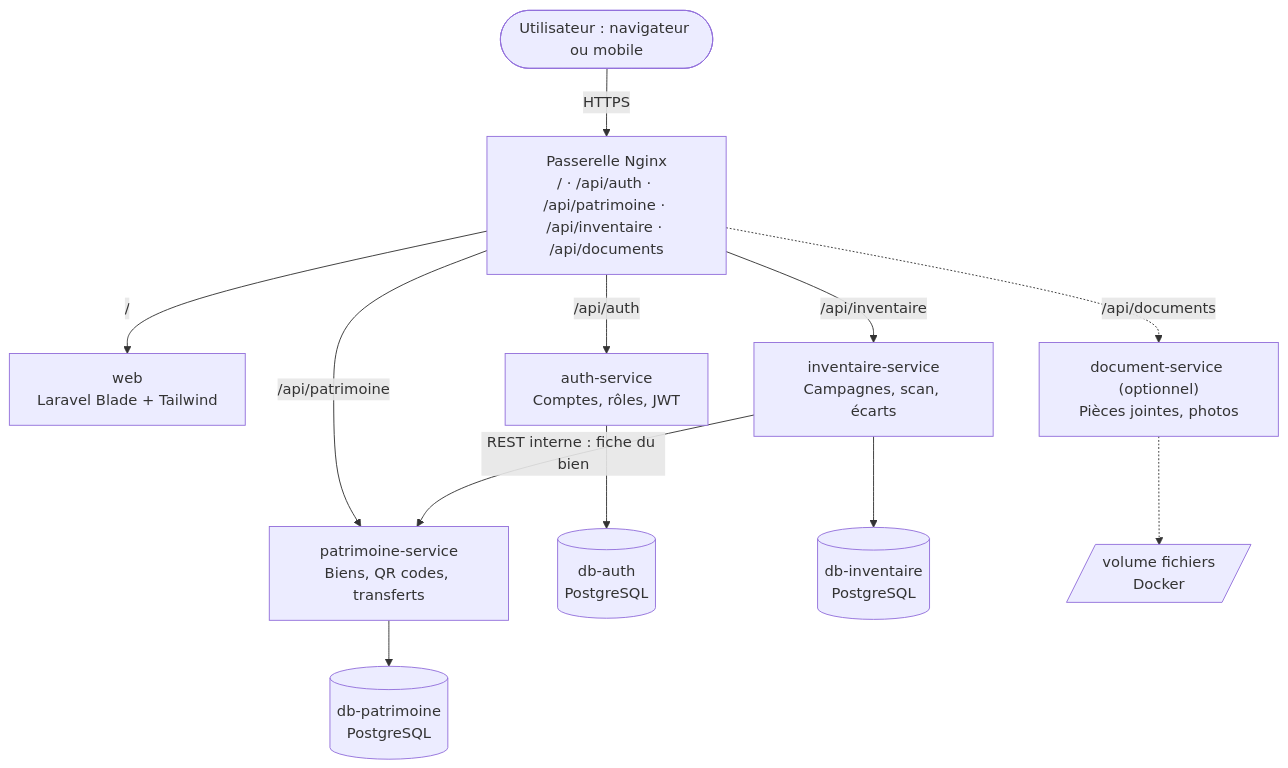
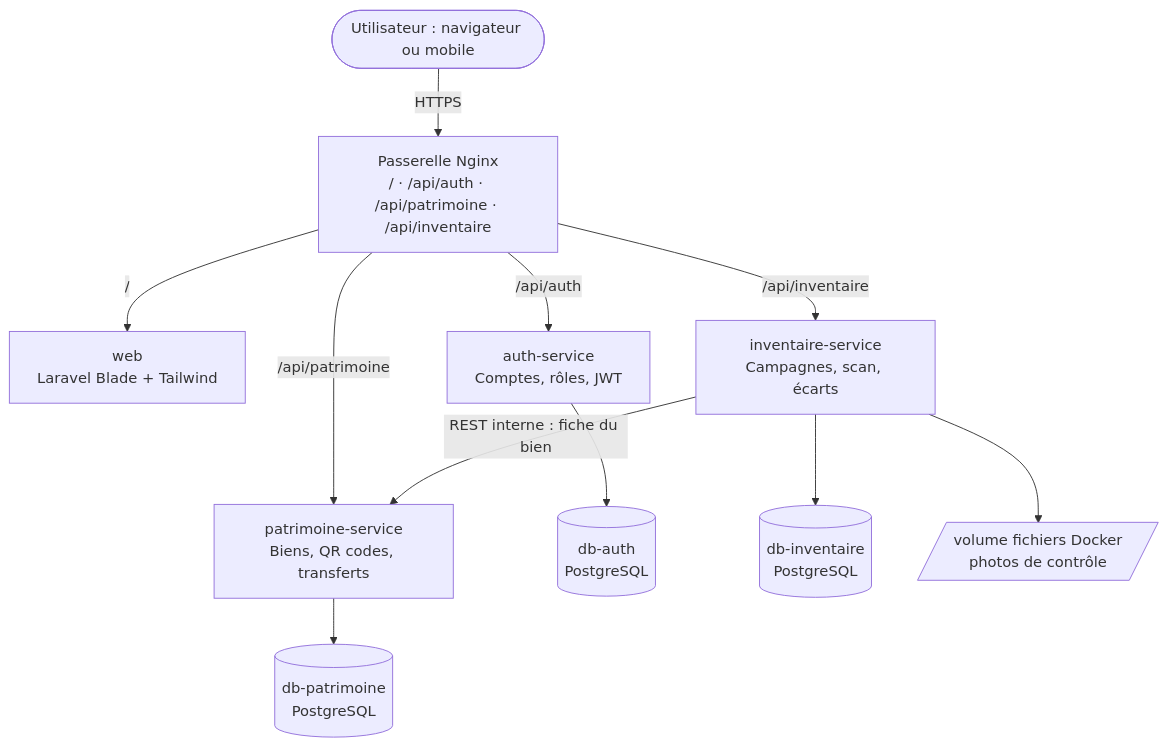
The diagram in docs/Diagrammes/05-architecture.mmd (samTompkins17/Koffr-ix), drawn with Mermaid before and after one commit. The commit also changed 12 other files, not shown here.

```diff
--- a/docs/Diagrammes/05-architecture.mmd
+++ b/docs/Diagrammes/05-architecture.mmd
@@ -1,28 +1,26 @@
 flowchart TB
     user(["Utilisateur : navigateur ou mobile"])
-    gw["Passerelle Nginx<br/>/ · /api/auth · /api/patrimoine · /api/inventaire · /api/documents"]
+    gw["Passerelle Nginx<br/>/ · /api/auth · /api/patrimoine · /api/inventaire"]
 
     web["web<br/>Laravel Blade + Tailwind"]
     auth["auth-service<br/>Comptes, rôles, JWT"]
     pat["patrimoine-service<br/>Biens, QR codes, transferts"]
     inv["inventaire-service<br/>Campagnes, scan, écarts"]
-    doc["document-service (optionnel)<br/>Pièces jointes, photos"]
 
     dba[("db-auth<br/>PostgreSQL")]
     dbp[("db-patrimoine<br/>PostgreSQL")]
     dbi[("db-inventaire<br/>PostgreSQL")]
-    vol[/"volume fichiers<br/>Docker"/]
+    vol[/"volume fichiers Docker<br/>photos de contrôle"/]
 
     user -->|HTTPS| gw
     gw -->|"/"| web
     gw -->|"/api/auth"| auth
     gw -->|"/api/patrimoine"| pat
     gw -->|"/api/inventaire"| inv
-    gw -.->|"/api/documents"| doc
 
     auth --> dba
     pat --> dbp
     inv --> dbi
-    doc -.-> vol
+    inv --> vol
 
     inv -->|"REST interne : fiche du bien"| pat
```
